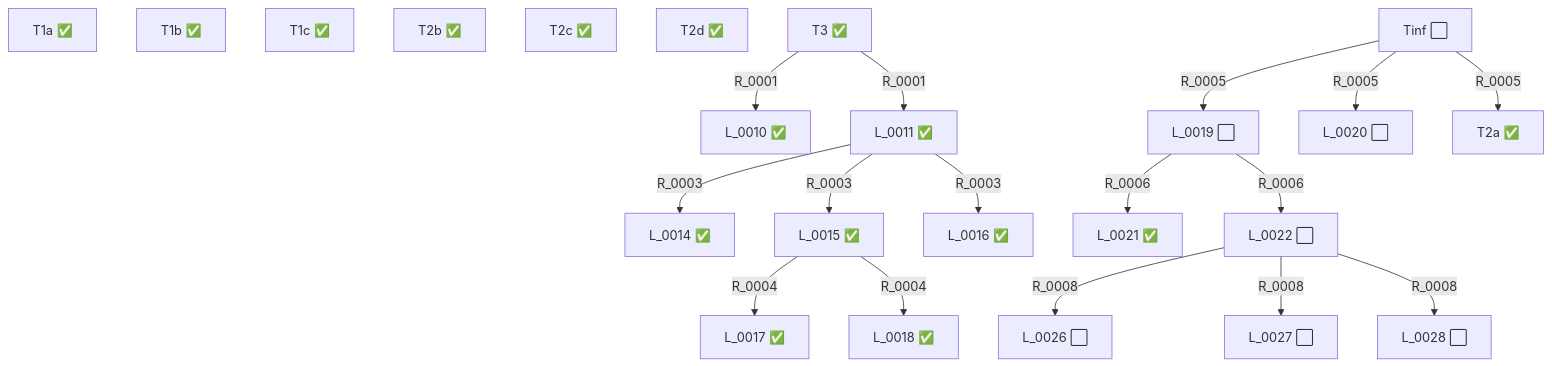
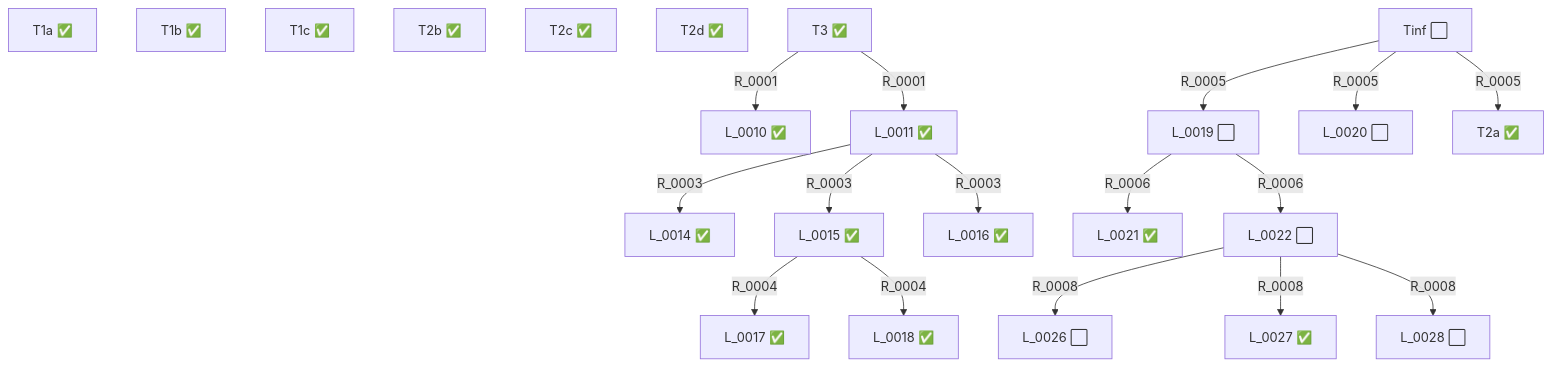
The diagram in STATUS.md (ruca-maths/nickel), drawn with Mermaid before and after one commit. The commit also changed other lines of this file and 4 other files, not shown here.

````diff
--- a/STATUS.md
+++ b/STATUS.md
@@ -41,41 +41,41 @@
 ```mermaid
 graph TD
   L_0001["T1a ✅"]
   L_0002["T1b ✅"]
   L_0003["T1c ✅"]
   L_0004["T2a ✅"]
   L_0005["T2b ✅"]
   L_0006["T2c ✅"]
   L_0007["T2d ✅"]
   L_0008["T3 ✅"]
   L_0009["Tinf ⬜"]
   L_0010["L_0010 ✅"]
   L_0011["L_0011 ✅"]
   L_0014["L_0014 ✅"]
   L_0015["L_0015 ✅"]
   L_0016["L_0016 ✅"]
   L_0017["L_0017 ✅"]
   L_0018["L_0018 ✅"]
   L_0019["L_0019 ⬜"]
   L_0020["L_0020 ⬜"]
   L_0021["L_0021 ✅"]
   L_0022["L_0022 ⬜"]
   L_0026["L_0026 ⬜"]
-  L_0027["L_0027 ⬜"]
+  L_0027["L_0027 ✅"]
   L_0028["L_0028 ⬜"]
   L_0008 -->|R_0001| L_0010
   L_0008 -->|R_0001| L_0011
   L_0011 -->|R_0003| L_0014
   L_0011 -->|R_0003| L_0015
   L_0011 -->|R_0003| L_0016
   L_0015 -->|R_0004| L_0017
   L_0015 -->|R_0004| L_0018
   L_0009 -->|R_0005| L_0019
   L_0009 -->|R_0005| L_0020
   L_0009 -->|R_0005| L_0004
   L_0019 -->|R_0006| L_0021
   L_0019 -->|R_0006| L_0022
   L_0022 -->|R_0008| L_0026
   L_0022 -->|R_0008| L_0027
   L_0022 -->|R_0008| L_0028
 ```
````
